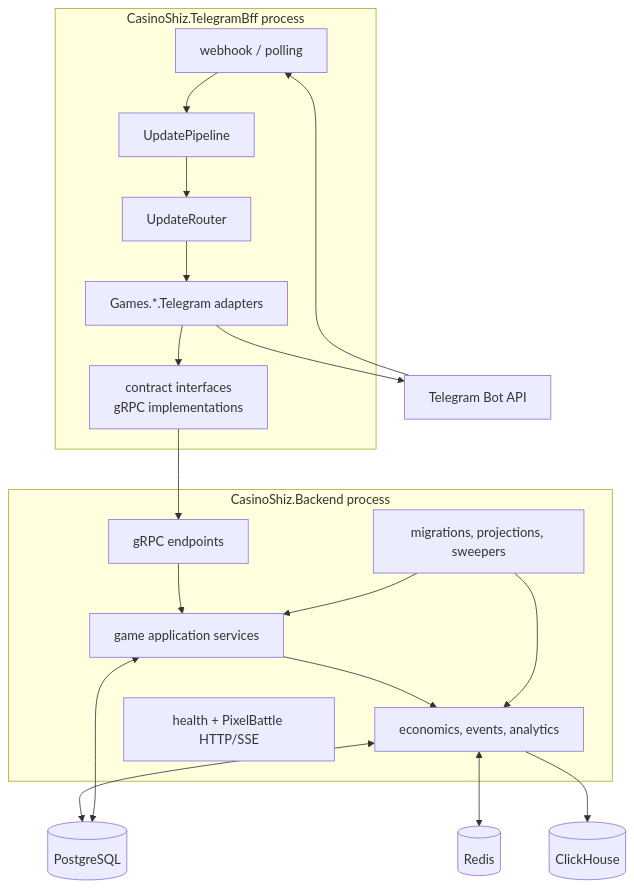
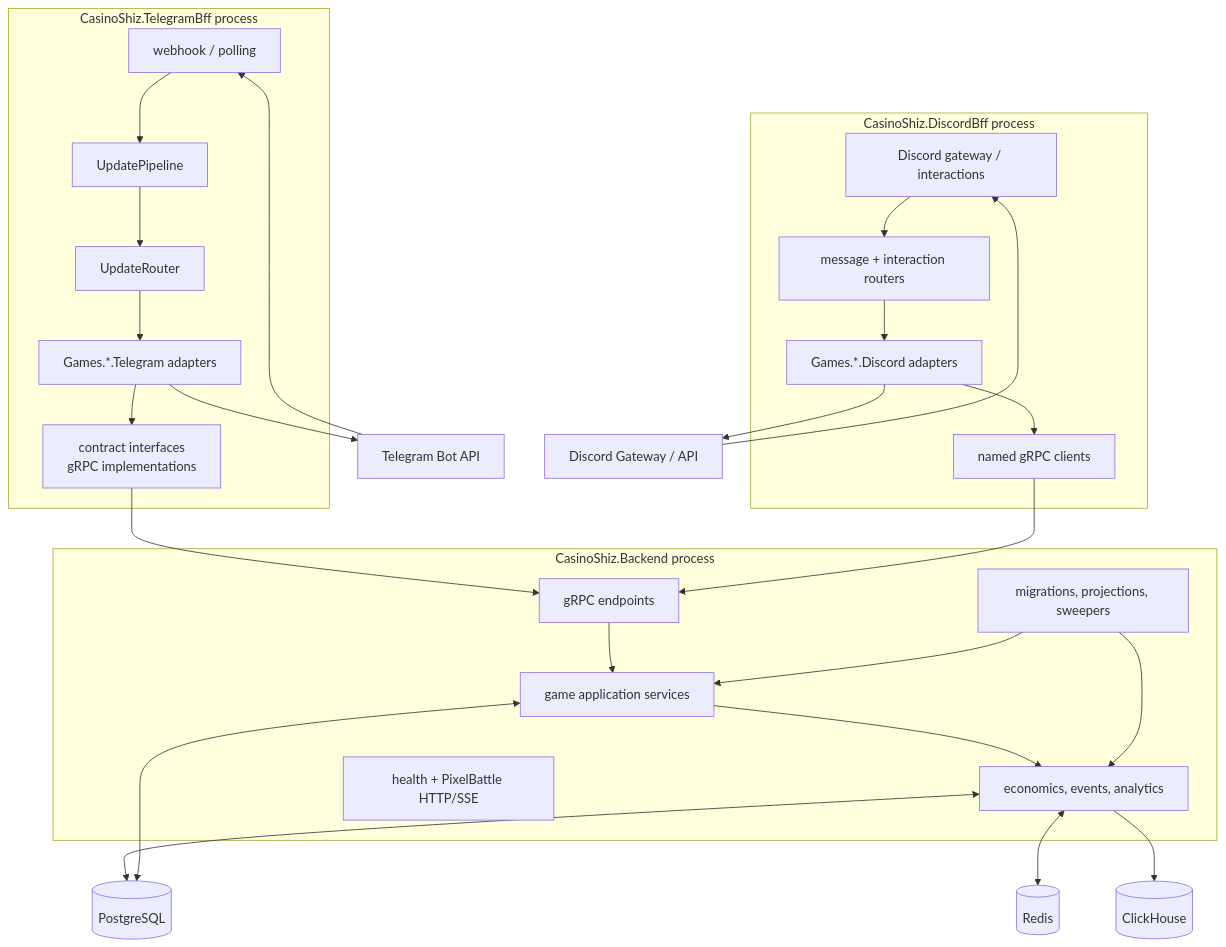
Before and after one commit to cpp20120/GameShiz: the second of 30 diagrams in docs/arch.md, drawn with Mermaid. The commit also changed other lines of this file and 182 other files, not shown here.

````diff
--- a/docs/arch.md
+++ b/docs/arch.md
@@ -88,39 +113,52 @@
 ```mermaid
 flowchart TB
     subgraph bffProcess["CasinoShiz.TelegramBff process"]
         webhook["webhook / polling"]
         pipeline["UpdatePipeline"]
         router["UpdateRouter"]
         adapters["Games.*.Telegram adapters"]
         clients["contract interfaces<br/>gRPC implementations"]
+    end
+    subgraph discordProcess["CasinoShiz.DiscordBff process"]
+        gateway["Discord gateway / interactions"]
+        discordRouter["message + interaction routers"]
+        discordAdapters["Games.*.Discord adapters"]
+        discordClients["named gRPC clients"]
     end
     subgraph backendProcess["CasinoShiz.Backend process"]
         grpc["gRPC endpoints"]
         services["game application services"]
         framework["economics, events, analytics"]
         jobs["migrations, projections, sweepers"]
         http["health + PixelBattle HTTP/SSE"]
     end
 
     pg[("PostgreSQL")]
     rd[("Redis")]
     ch[("ClickHouse")]
     tg["Telegram Bot API"]
+    ds["Discord Gateway / API"]
 
     tg --> webhook
     webhook --> pipeline
     pipeline --> router
     router --> adapters
     adapters --> clients
     clients --> grpc
+    ds --> gateway
+    gateway --> discordRouter
+    discordRouter --> discordAdapters
+    discordAdapters --> discordClients
+    discordClients --> grpc
     grpc --> services
     services --> framework
     jobs --> services
     jobs --> framework
 
     framework <--> pg
     services <--> pg
     framework <--> rd
     framework --> ch
     adapters --> tg
+    discordAdapters --> ds
 ```
````
